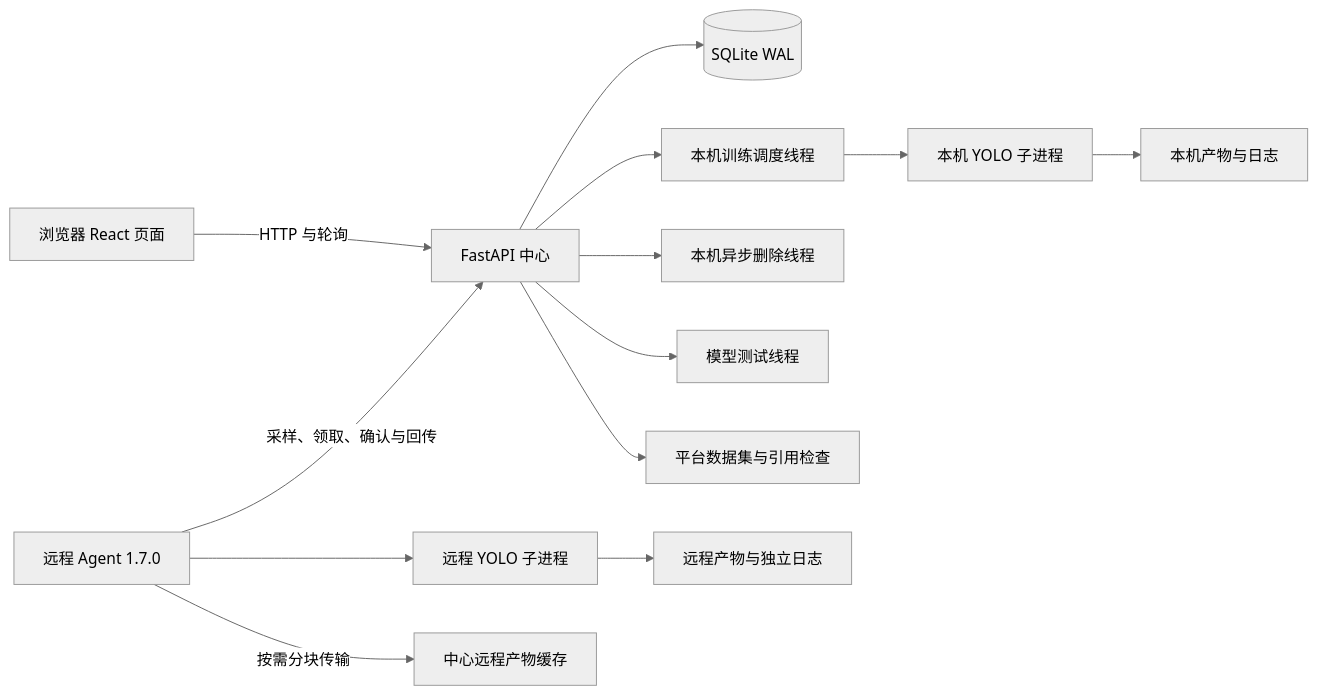
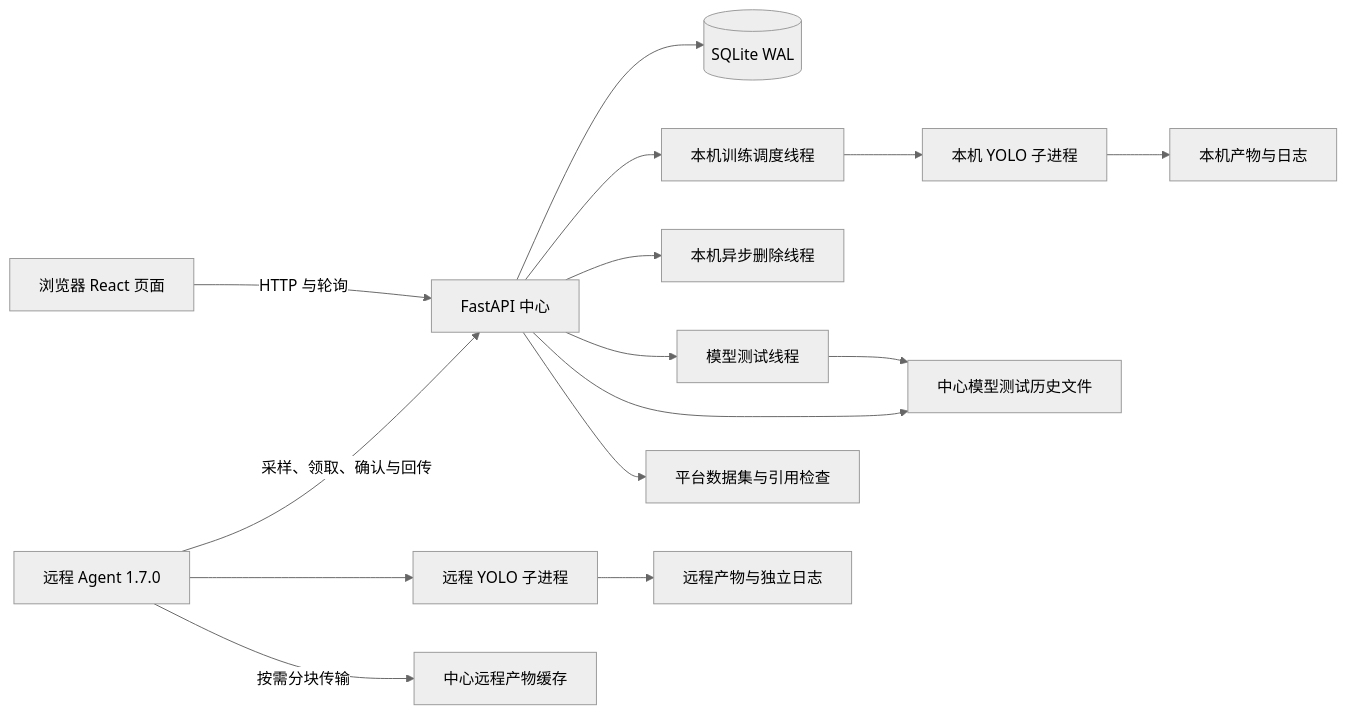
Before and after one commit to scsg666g/yolo-xlpt: the diagram in docs/project-analysis.md, drawn with Mermaid (neutral theme). The commit also changed other lines of this file and 22 other files, not shown here.

````diff
--- a/docs/project-analysis.md
+++ b/docs/project-analysis.md
@@ -24,15 +24,17 @@
 ```mermaid
 flowchart LR
     UI[浏览器 React 页面] -->|HTTP 与轮询| API[FastAPI 中心]
     API --> DB[(SQLite WAL)]
     API --> S[本机训练调度线程]
     S --> CLI[本机 YOLO 子进程]
     CLI --> FS[本机产物与日志]
     API --> D[本机异步删除线程]
     API --> I[模型测试线程]
+    I --> MH[中心模型测试历史文件]
+    API --> MH
     API --> DS[平台数据集与引用检查]
     AG[远程 Agent 1.7.0] -->|采样、领取、确认与回传| API
     AG --> RC[远程 YOLO 子进程]
     RC --> RF[远程产物与独立日志]
     AG -->|按需分块传输| CACHE[中心远程产物缓存]
 ```
````
